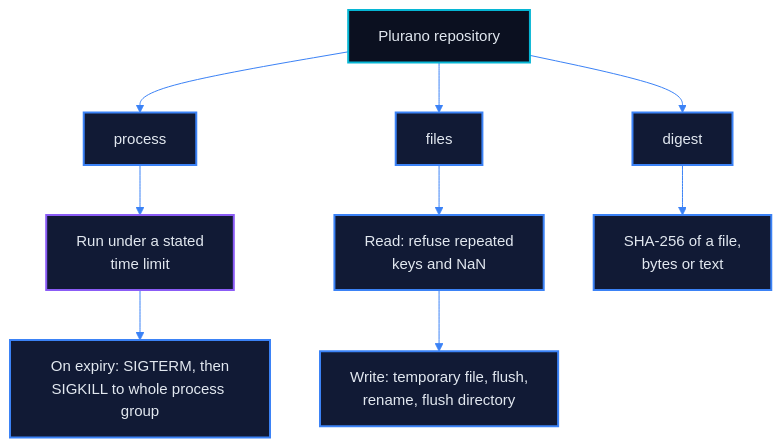
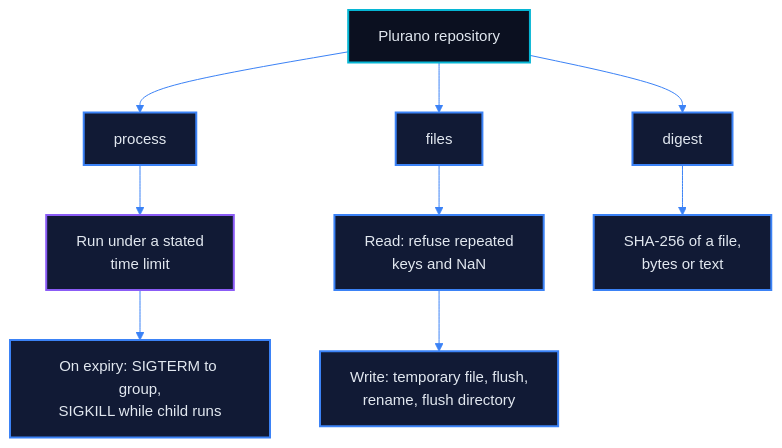
One commit to plurano/cistula changed the diagram in README.md. Above: the diagram before and after it, drawn with Mermaid. The commit also changed other lines of this file and 9 other files, not shown here.

````diff
--- a/README.md
+++ b/README.md
@@ -105,26 +109,26 @@
 ```mermaid
 %%{init: {'theme': 'base', 'themeVariables': {'fontFamily': 'ui-sans-serif, Segoe UI, Helvetica, Arial, sans-serif', 'fontSize': '15px', 'primaryColor': '#111a35', 'primaryTextColor': '#e2e8f0', 'primaryBorderColor': '#3b82f6', 'lineColor': '#3b82f6', 'edgeLabelBackground': '#111a35', 'tertiaryColor': '#0b1020'}}}%%
 flowchart TD
   classDef input fill:#0b1020,stroke:#06b6d4,stroke-width:2px,color:#e2e8f0
   classDef step fill:#111a35,stroke:#3b82f6,stroke-width:2px,color:#e2e8f0
   classDef decide fill:#111a35,stroke:#8b5cf6,stroke-width:2px,color:#e2e8f0
 
   repo["Plurano repository"]:::input
   proc["process"]:::step
   files["files"]:::step
   digest["digest"]:::step
   limit["Run under a stated<br/>time limit"]:::decide
-  kill["On expiry: SIGTERM, then<br/>SIGKILL to whole process group"]:::step
+  kill["On expiry: SIGTERM to group,<br/>SIGKILL while child runs"]:::step
   read["Read: refuse repeated<br/>keys and NaN"]:::step
   write["Write: temporary file, flush,<br/>rename, flush directory"]:::step
   sha["SHA-256 of a file,<br/>bytes or text"]:::step
 
   repo --> proc
   repo --> files
   repo --> digest
   proc --> limit
   limit --> kill
   files --> read
   read --> write
   digest --> sha
 ```
````
